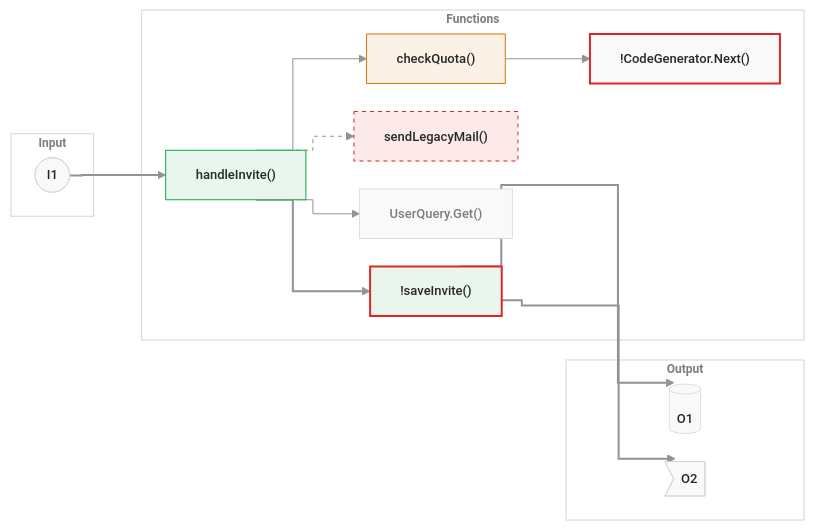
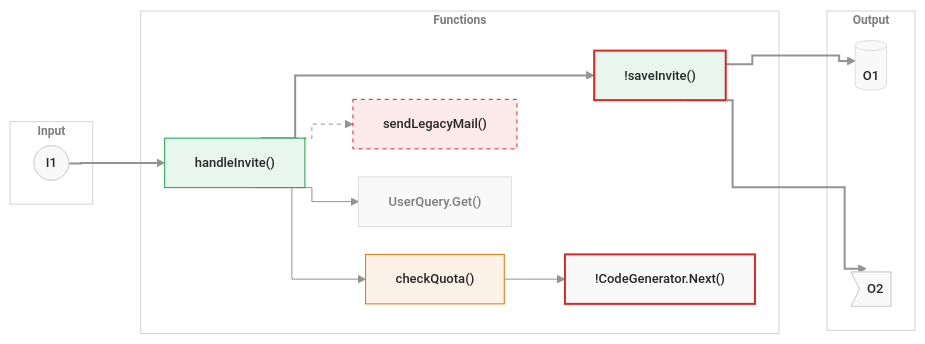
The second of 17 diagrams in docs/samples/craft-themes.md (gagoar/pr-brief), drawn with Mermaid before and after one commit. The commit also changed other lines of this file, not shown here.

````diff
--- a/docs/samples/craft-themes.md
+++ b/docs/samples/craft-themes.md
@@ -62,39 +66,41 @@
 ```mermaid
 %%{init: {"theme":"base","flowchart":{"curve":"step","nodeSpacing":28,"rankSpacing":48,"diagramPadding":40},"themeVariables":{"darkMode":false,"background":"#FFFFFF","fontFamily":"Inter, Helvetica, Arial","fontSize":"13px","dropShadow":"none","primaryColor":"#f9f9f9","primaryTextColor":"#27272A","primaryBorderColor":"#d4d4d4","nodeTextColor":"#27272A","textColor":"#27272A","mainBkg":"#f9f9f9","nodeBorder":"#d4d4d4","lineColor":"#939394","clusterBkg":"#FFFFFF","clusterBorder":"#d4d4d4","titleColor":"#7d7d7f","edgeLabelBackground":"#FFFFFF"}}}%%
 graph LR
   subgraph IN["Input"]
     I1(["I1"])
   end
   subgraph FN["Functions"]
     F1["handleInvite()"]:::added
     F2["checkQuota()"]:::modified
     F3["sendLegacyMail()"]:::removed
     F4["UserQuery.Get()"]:::context
     F5["!CodeGenerator.Next()"]:::risk
     F6["!saveInvite()"]:::riskadded
   end
   subgraph OUT["Output"]
     O1[("O1")]
     O2>"O2"]
   end
   I1 ==> F1
   F1 --> F2
   F1 --> F4
   F2 --> F5
   F1 ==> F6
   F1 -.-> F3
   F6 ==> O1
   F6 ==> O2
+  F5 ~~~ O1
+  F5 ~~~ O2
   classDef default fill:#f9f9f9,stroke:#d4d4d4,stroke-width:0.75px,color:#27272A,font-weight:500
   classDef added fill:#e8f6ed,stroke:#16a34a,stroke-width:1px,color:#27272A,font-weight:500
   classDef modified fill:#fbf1e6,stroke:#d97706,stroke-width:1px,color:#27272A,font-weight:500
   classDef removed fill:#fce9e9,stroke:#dc2626,stroke-width:1px,stroke-dasharray:4 4,color:#27272A,font-weight:500
   classDef context fill:#f9f9f9,stroke:#d4d4d4,stroke-width:0.75px,color:#7d7d7f,font-weight:500
   classDef risk fill:#f9f9f9,stroke:#dc2626,stroke-width:2px,color:#27272A,font-weight:500
   classDef riskadded fill:#e8f6ed,stroke:#dc2626,stroke-width:2px,color:#27272A,font-weight:500
   classDef zone fill:#FFFFFF,stroke:#d4d4d4,stroke-width:1px,color:#7d7d7f,font-weight:600,font-size:12px
   class IN,FN,OUT zone
-  linkStyle default stroke:#939394,stroke-width:1px
+  linkStyle 1,2,3 stroke:#939394,stroke-width:1px
   linkStyle 0,4,6,7 stroke:#939394,stroke-width:2px
   linkStyle 5 stroke:#939394,stroke-width:1px,stroke-dasharray:4 4
 ```
````
